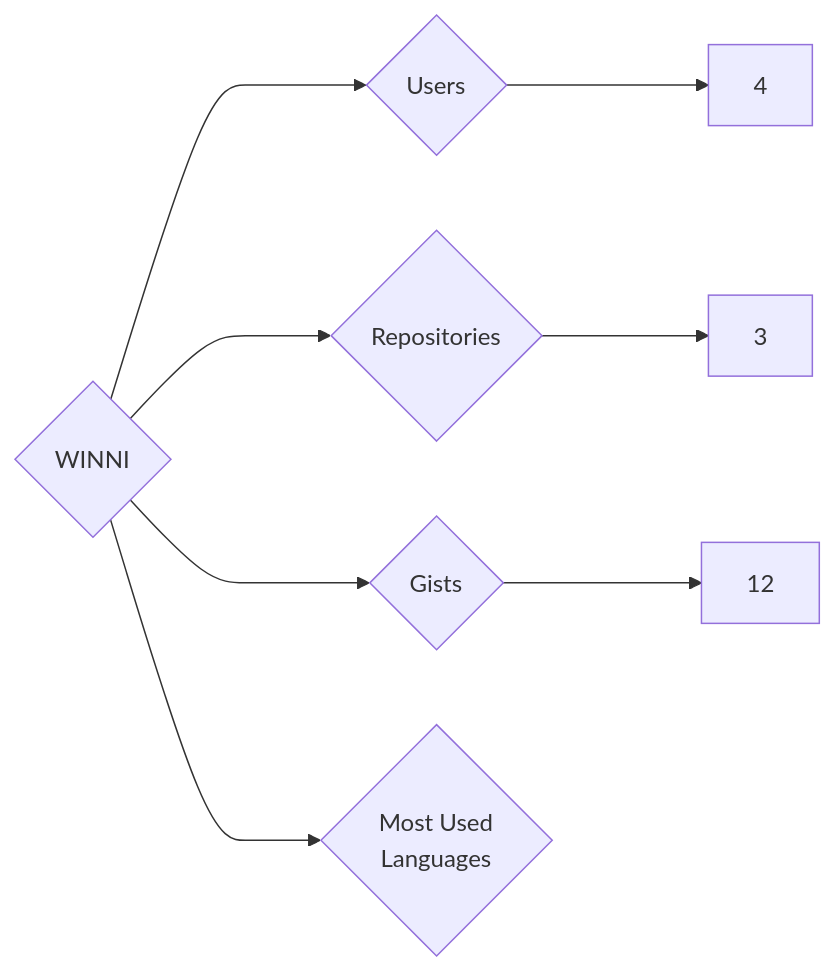
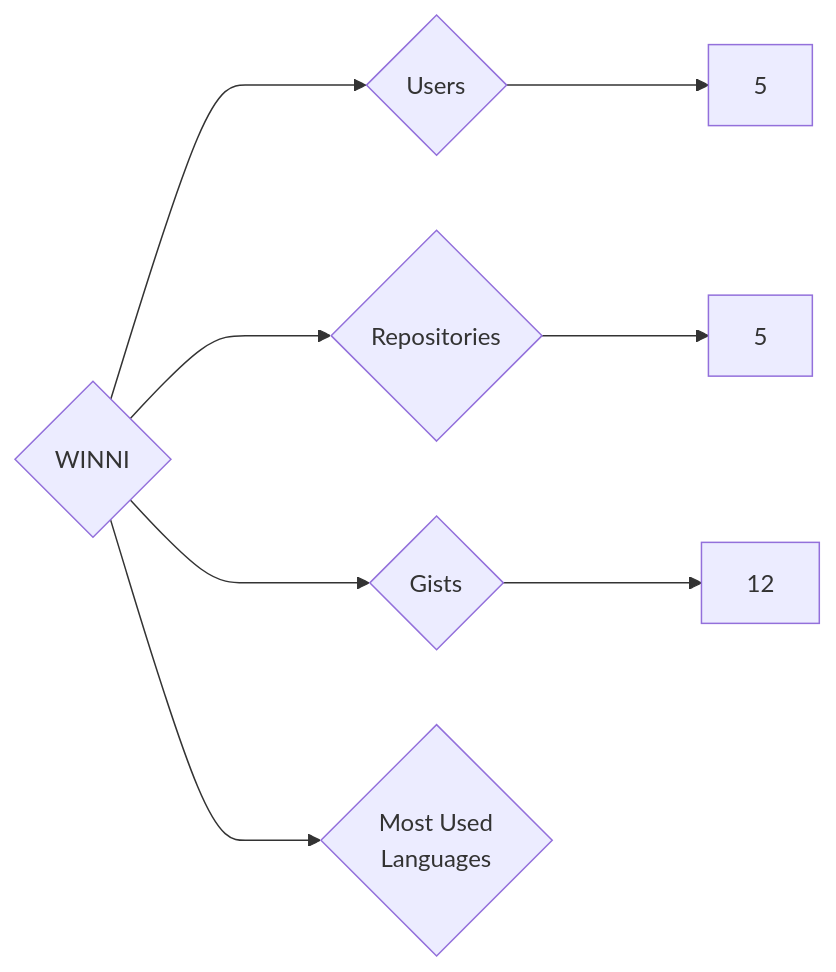
Before and after one commit to trickest/insiders: the diagram in targets/WINNI/README.md, drawn with Mermaid. The commit also changed 1479 other files, not shown here.

````diff
--- a/targets/WINNI/README.md
+++ b/targets/WINNI/README.md
@@ -3,8 +3,8 @@
 ```mermaid
 graph LR
 COMPANY_NAME{WINNI}
-COMPANY_NAME ---> U{Users} ---> UN[4]
-COMPANY_NAME ---> R{Repositories} ---> RN[3]
+COMPANY_NAME ---> U{Users} ---> UN[5]
+COMPANY_NAME ---> R{Repositories} ---> RN[5]
 COMPANY_NAME ---> G{Gists} ---> GN[12]
 COMPANY_NAME ---> ML{Most Used<br>Languages}
 ```
````
